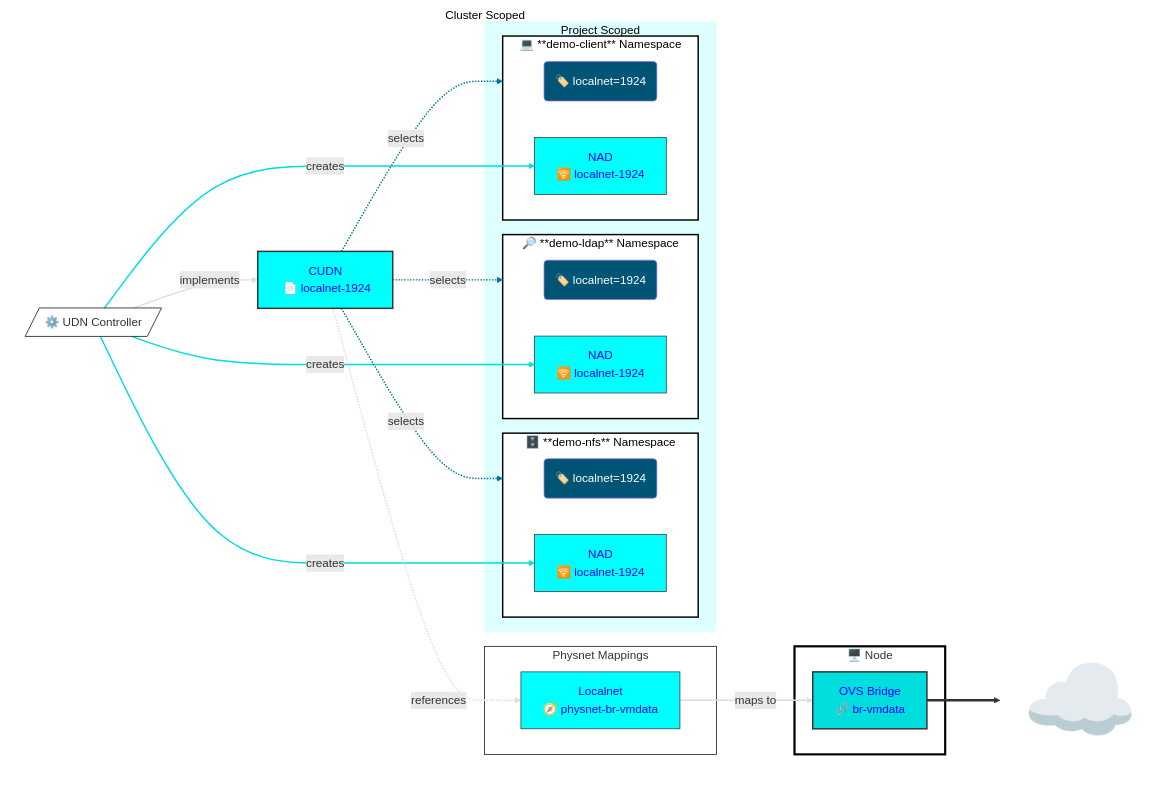
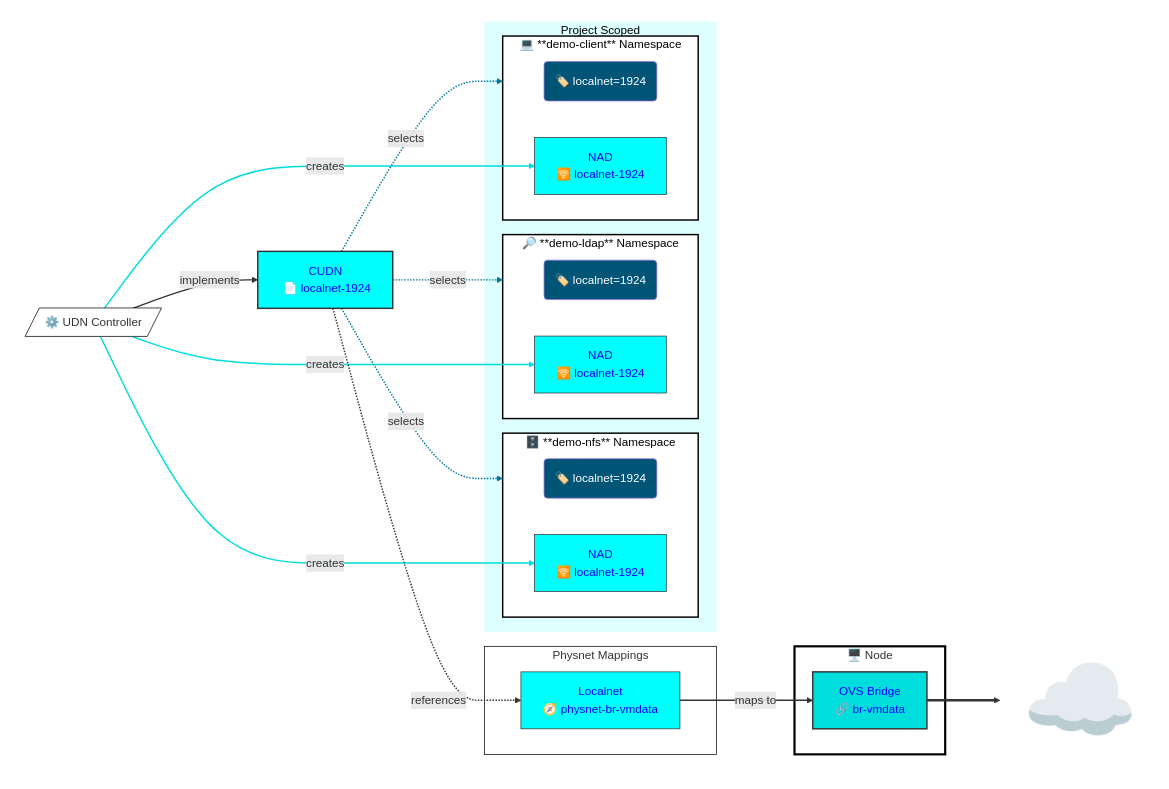
One commit to dlbewley/demo-autofs changed the third of 4 diagrams in networking/readme.md. Above: the diagram before and after it, drawn with Mermaid. The commit also changed other lines of this file, not shown here.

Commit message:
add some node network config diagrams which will probalby be moved elsewhere later

````diff
--- a/networking/readme.md
+++ b/networking/readme.md
@@ -26,79 +139,75 @@
 ```mermaid
 graph LR;
-    subgraph Cluster["Cluster Scoped"]
+    subgraph Cluster[" "]
       udn-localnet-1924["CUDN<br>️ 📄 localnet-1924"]:::udn-localnet-1924
       udn-controller[/"⚙️ UDN Controller"/]
 
       subgraph Localnets["Physnet Mappings"]
         physnet[Localnet<br> 🧭 physnet-br-vmdata]:::nad-1924;
       end
 
       subgraph Project["Project Scoped"]
         subgraph ns-nfs["🗄️ **demo-nfs** Namespace"]
           label-nfs("🏷️ localnet=1924"):::labels;
           nad-1924-nfs[NAD<br> 🛜 localnet-1924];
         end
 
         subgraph ns-ldap["🔎 **demo-ldap** Namespace"]
           label-ldap("🏷️ localnet=1924"):::labels;
           nad-1924-ldap[NAD<br> 🛜 localnet-1924]:::nad-1924;
         end
 
         subgraph ns-client["💻 **demo-client** Namespace"]
           label-client("🏷️ localnet=1924"):::labels;
           nad-1924-client[NAD<br> 🛜 localnet-1924]:::nad-1924;
         end
       end
       subgraph node1["🖥️ Node "]
         br-vmdata[ OVS Bridge<br> 🔗 br-vmdata]:::vlan-1924;
       end
     end
 
-
     udn-localnet-1924 -. selects .-> ns-client
     udn-localnet-1924 -. selects .-> ns-ldap
     udn-localnet-1924 -. selects .-> ns-nfs
-
 
     linkStyle 0,1,2 stroke:#007799,stroke-width:2px;
 
     udn-controller --creates--> nad-1924-nfs
     udn-controller --creates--> nad-1924-ldap
     udn-controller --creates--> nad-1924-client
 
     linkStyle 3,4,5 stroke:#00dddd,stroke-width:2px;
 
     udn-controller == implements ==> udn-localnet-1924
-
-
     udn-localnet-1924 -. references .-> physnet
     physnet -- maps to --> br-vmdata
 
-    linkStyle 6,7,8 stroke:#ddd,stroke-width:2px;
+    linkStyle 6,7,8 stroke-width:2px;
 
     Internet["☁️ "]:::Internet
     br-vmdata ==> Internet
 
     classDef node-eth fill:#00dddd,color:#00f,stroke:#333,stroke-width:2px;
 
     classDef vlan-1924 fill:#00dddd,color:#00f,stroke:#333,stroke-width:2px;
     classDef udn-localnet-1924 fill:#00ffff,color:#00f,stroke:#333,stroke-width:2px;
 
     classDef labels stroke-width:1px,color:#fff,fill:#005577;
     classDef networks fill:#cdd,stroke-width:0px;
 
     style udn-controller fill:#fff,stroke:#000,stroke-width:1px;
     style node1 fill:#fff,stroke:#000,stroke-width:3px;
     style Localnets fill:#fff,stroke:#000,stroke-width:1px;
     style Cluster color:#000,fill:#fff,stroke:#333,stroke-width:0px;
     style Project color:#000,fill:#dff,stroke:#333,stroke-width:0px
     style Internet fill:none,stroke-width:0px,font-size:+2em;
 
     classDef nodes stroke-width:3px;
     class node1,node2,node3 nodes;
     classDef namespace color:#000,fill:#fff,stroke:#000,stroke-width:2px;
     class ns-nfs,ns-client,ns-ldap namespace;
 
     classDef nad-1924 fill:#00ffff,color:#00f,stroke:#333,stroke-width:1px;
     class nad-1924-client,nad-1924-ldap,nad-1924-nfs nad-1924;
 ```
````
